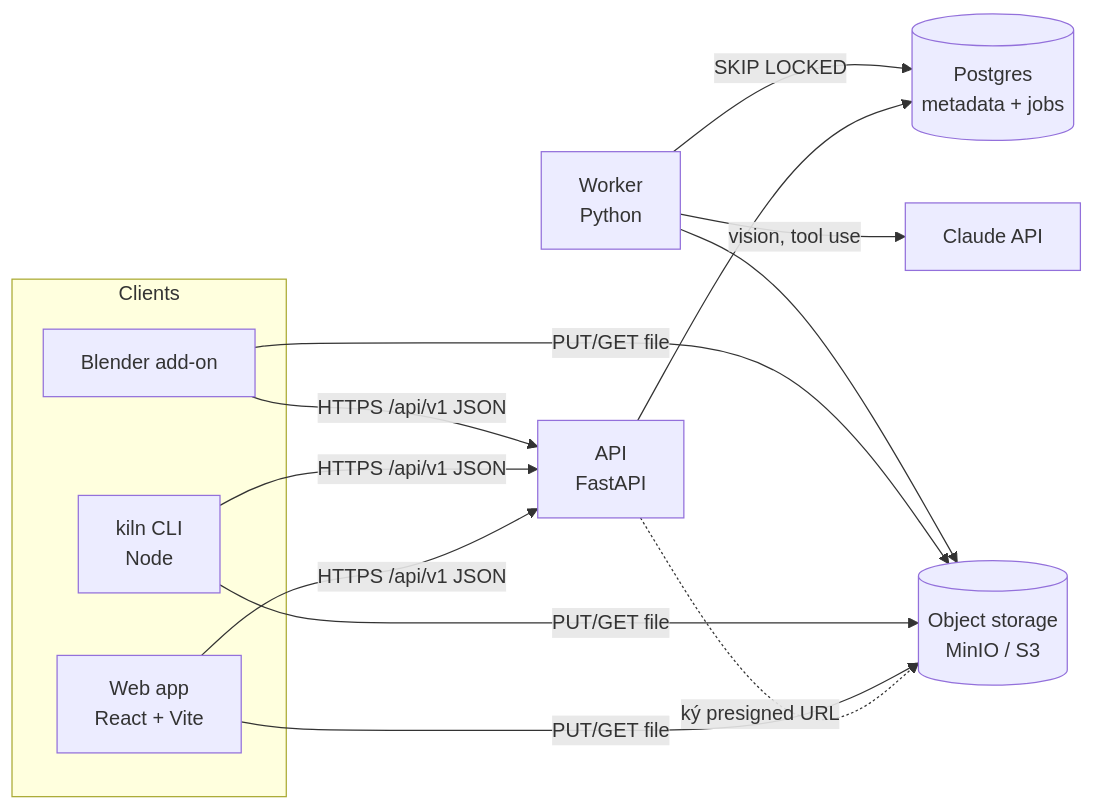
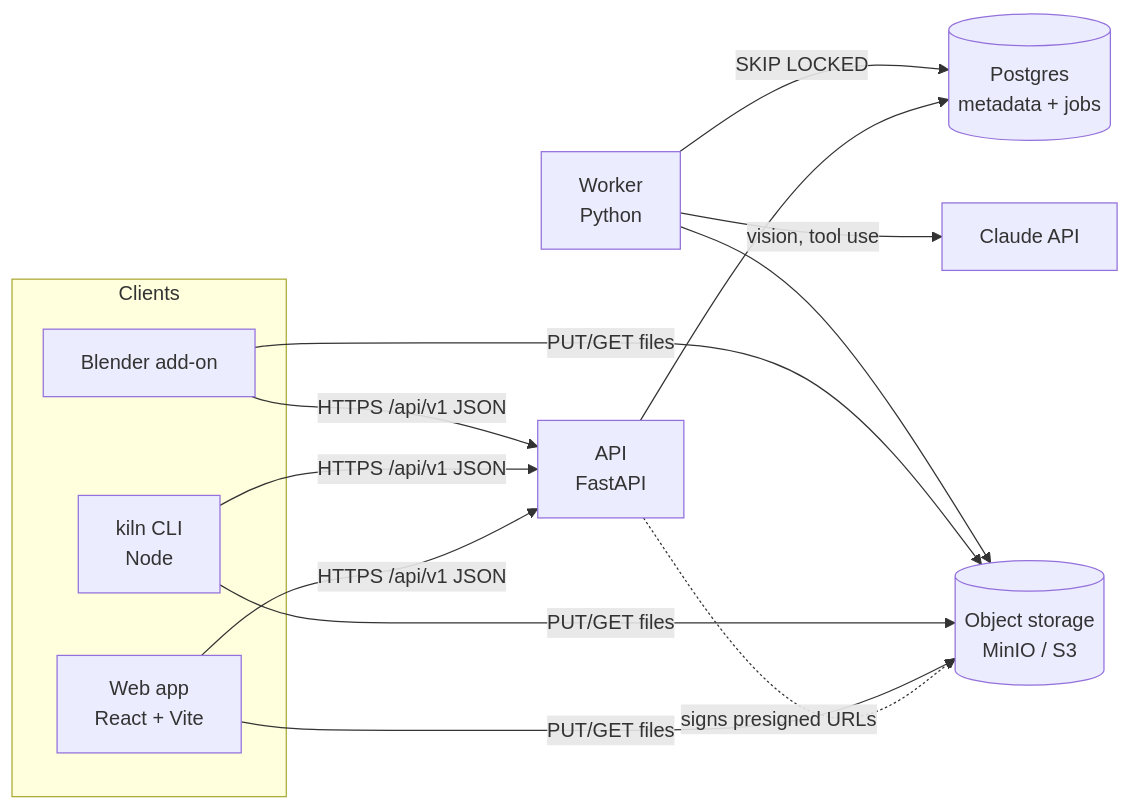
Before and after one commit to deputychinh/Kiln: the diagram in docs/architecture/README.md, drawn with Mermaid. The commit also changed other lines of this file and 12 other files, not shown here.

````diff
--- a/docs/architecture/README.md
+++ b/docs/architecture/README.md
@@ -3,15 +3,15 @@
 ```mermaid
 flowchart LR
   subgraph Clients
     web[Web app<br/>React + Vite]
     cli[kiln CLI<br/>Node]
     blender[Blender add-on]
   end
   web & cli & blender -->|HTTPS /api/v1 JSON| api[API<br/>FastAPI]
   api --> db[(Postgres<br/>metadata + jobs)]
-  api -.->|ký presigned URL| s3[(Object storage<br/>MinIO / S3)]
-  web & cli & blender -->|PUT/GET file| s3
+  api -.->|signs presigned URLs| s3[(Object storage<br/>MinIO / S3)]
+  web & cli & blender -->|PUT/GET files| s3
   worker[Worker<br/>Python] -->|SKIP LOCKED| db
   worker --> s3
   worker -->|vision, tool use| claude[Claude API]
 ```
````
